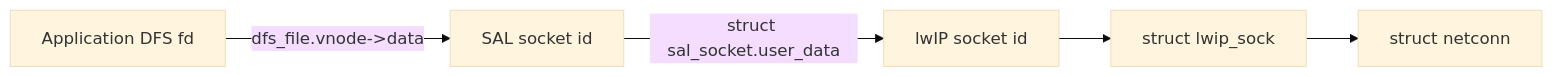
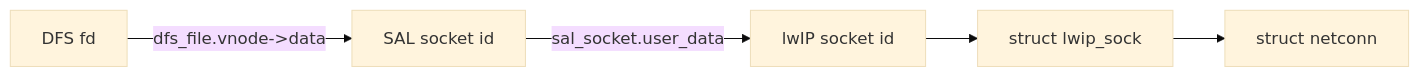
The second of 5 diagrams in docs/40-rtthread-socket-sal-lwip.md (wdfk-prog/lwIP-Source-Lab), drawn with Mermaid (base theme) before and after one commit. The commit also changed other lines of this file and 49 other files, not shown here.

````diff
--- a/docs/40-rtthread-socket-sal-lwip.md
+++ b/docs/40-rtthread-socket-sal-lwip.md
@@ -150,7 +545,7 @@
 ```mermaid
 flowchart LR
-    A["Application DFS fd"] -->|"dfs_file.vnode->data"| B["SAL socket id"]
-    B -->|"struct sal_socket.user_data"| C["lwIP socket id"]
+    A["DFS fd"] -->|"dfs_file.vnode->data"| B["SAL socket id"]
+    B -->|"sal_socket.user_data"| C["lwIP socket id"]
     C --> D["struct lwip_sock"]
     D --> E["struct netconn"]
 ```
````
